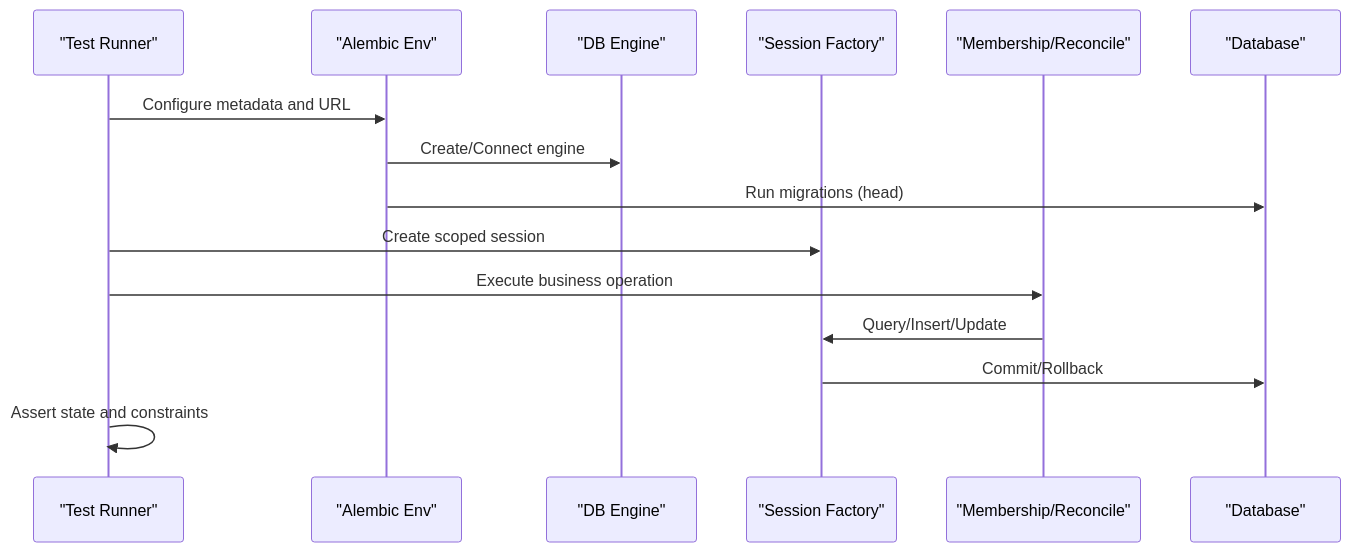
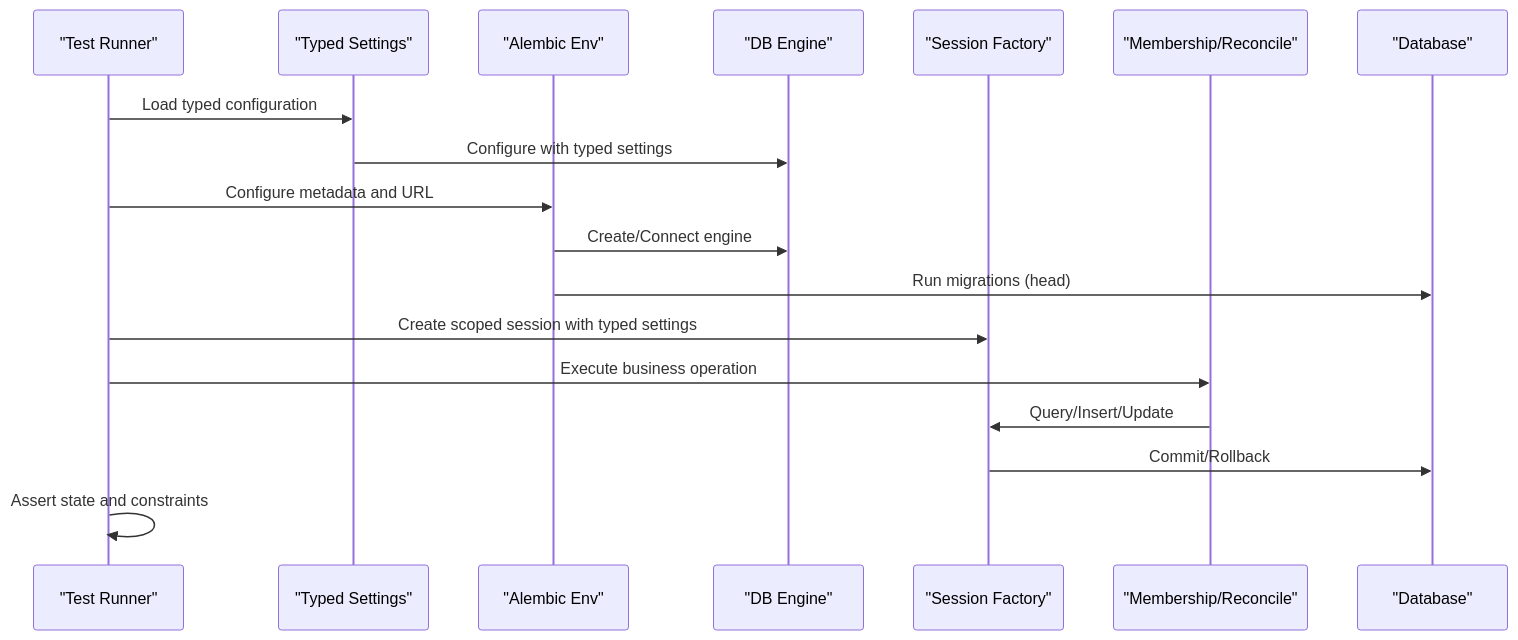
Before and after one commit to zuohaisu/wecom-archive: the second of 3 diagrams in .qoder/repowiki/en/content/Testing & Quality Assurance/Integration Testing/Database Integration Testing.md, drawn with Mermaid. The commit also changed other lines of this file and 97 other files, not shown here.

````diff
--- a/.qoder/repowiki/en/content/Testing & Quality Assurance/Integration Testing/Database Integration Testing.md
+++ b/.qoder/repowiki/en/content/Testing & Quality Assurance/Integration Testing/Database Integration Testing.md
@@ -132,17 +142,20 @@
 ```mermaid
 sequenceDiagram
 participant Test as "Test Runner"
+participant Settings as "Typed Settings"
 participant Alembic as "Alembic Env"
 participant Engine as "DB Engine"
 participant Session as "Session Factory"
 participant Service as "Membership/Reconcile"
 participant DB as "Database"
+Test->>Settings : Load typed configuration
+Settings->>Engine : Configure with typed settings
 Test->>Alembic : Configure metadata and URL
 Alembic->>Engine : Create/Connect engine
 Alembic->>DB : Run migrations (head)
-Test->>Session : Create scoped session
+Test->>Session : Create scoped session with typed settings
 Test->>Service : Execute business operation
 Service->>Session : Query/Insert/Update
 Session->>DB : Commit/Rollback
 Test->>Test : Assert state and constraints
 ```
````
